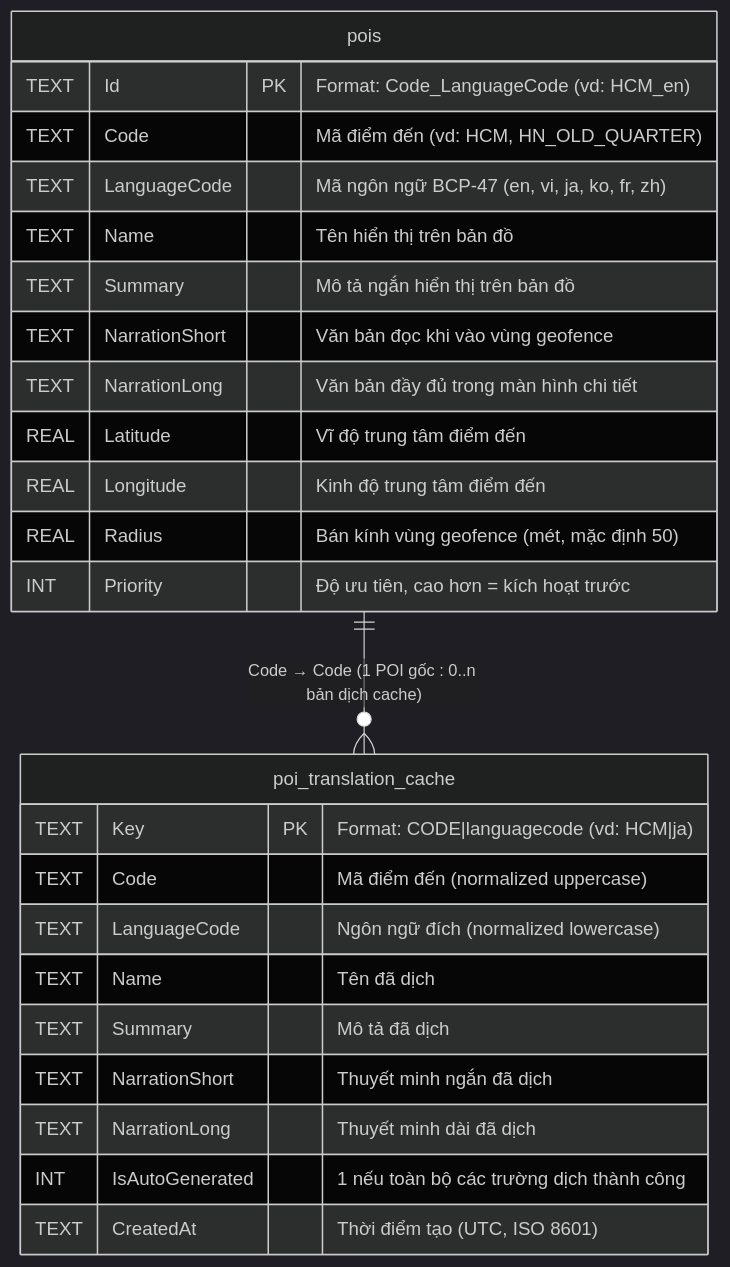
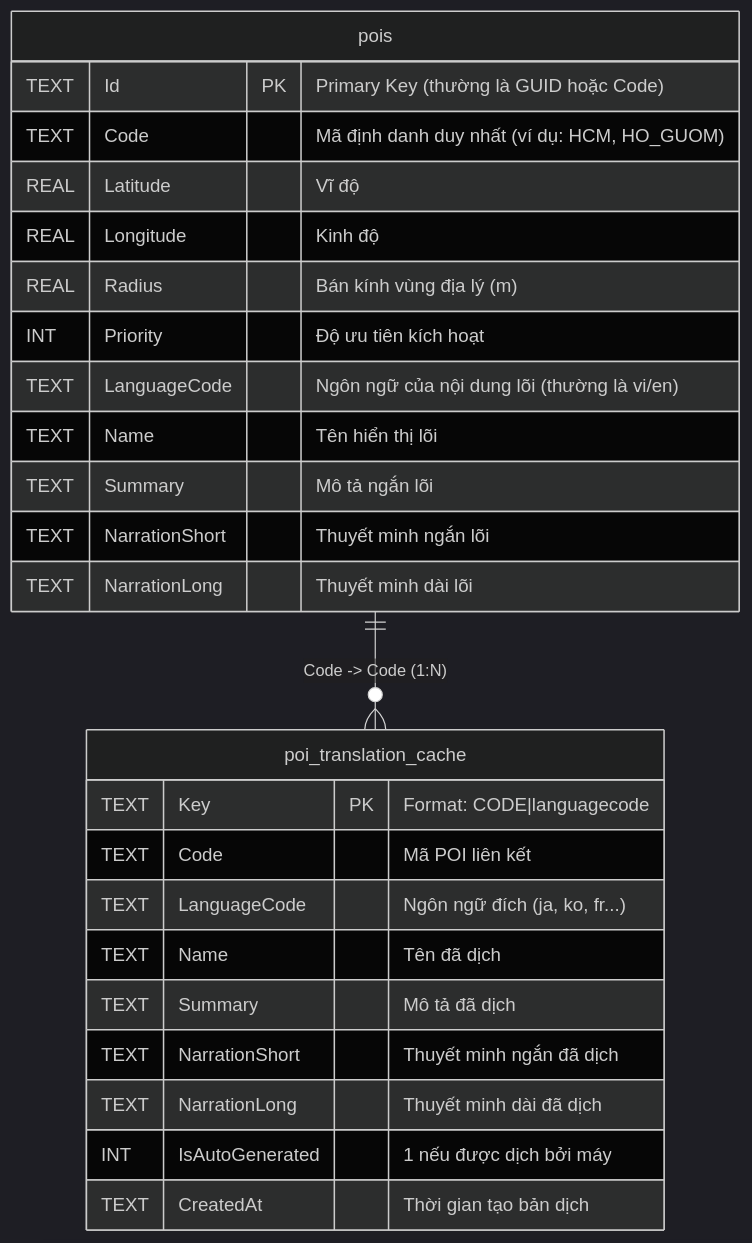
One commit to ThanhDai2005/VN-GO-Travel changed the first of 2 diagrams in ERD.md. Above: the diagram before and after it, drawn with Mermaid (dark theme). The commit also changed other lines of this file and 42 other files, not shown here.

````diff
--- a/ERD.md
+++ b/ERD.md
@@ -3,30 +7,30 @@
 ```mermaid
 erDiagram
     pois {
-        TEXT Id PK "Format: Code_LanguageCode (vd: HCM_en)"
-        TEXT Code    "Mã điểm đến (vd: HCM, HN_OLD_QUARTER)"
-        TEXT LanguageCode "Mã ngôn ngữ BCP-47 (en, vi, ja, ko, fr, zh)"
-        TEXT Name    "Tên hiển thị trên bản đồ"
-        TEXT Summary "Mô tả ngắn hiển thị trên bản đồ"
-        TEXT NarrationShort "Văn bản đọc khi vào vùng geofence"
-        TEXT NarrationLong  "Văn bản đầy đủ trong màn hình chi tiết"
-        REAL Latitude  "Vĩ độ trung tâm điểm đến"
-        REAL Longitude "Kinh độ trung tâm điểm đến"
-        REAL Radius    "Bán kính vùng geofence (mét, mặc định 50)"
-        INT  Priority  "Độ ưu tiên, cao hơn = kích hoạt trước"
+        TEXT Id PK "Primary Key (thường là GUID hoặc Code)"
+        TEXT Code    "Mã định danh duy nhất (ví dụ: HCM, HO_GUOM)"
+        REAL Latitude  "Vĩ độ"
+        REAL Longitude "Kinh độ"
+        REAL Radius    "Bán kính vùng địa lý (m)"
+        INT  Priority  "Độ ưu tiên kích hoạt"
+        TEXT LanguageCode "Ngôn ngữ của nội dung lõi (thường là vi/en)"
+        TEXT Name "Tên hiển thị lõi"
+        TEXT Summary "Mô tả ngắn lõi"
+        TEXT NarrationShort "Thuyết minh ngắn lõi"
+        TEXT NarrationLong "Thuyết minh dài lõi"
     }
 
     poi_translation_cache {
-        TEXT Key PK "Format: CODE|languagecode (vd: HCM|ja)"
-        TEXT Code        "Mã điểm đến (normalized uppercase)"
-        TEXT LanguageCode "Ngôn ngữ đích (normalized lowercase)"
-        TEXT Name         "Tên đã dịch"
-        TEXT Summary      "Mô tả đã dịch"
+        TEXT Key PK "Format: CODE|languagecode"
+        TEXT Code "Mã POI liên kết"
+        TEXT LanguageCode "Ngôn ngữ đích (ja, ko, fr...)"
+        TEXT Name "Tên đã dịch"
+        TEXT Summary "Mô tả đã dịch"
         TEXT NarrationShort "Thuyết minh ngắn đã dịch"
-        TEXT NarrationLong  "Thuyết minh dài đã dịch"
-        INT  IsAutoGenerated "1 nếu toàn bộ các trường dịch thành công"
-        TEXT CreatedAt   "Thời điểm tạo (UTC, ISO 8601)"
+        TEXT NarrationLong "Thuyết minh dài đã dịch"
+        INT  IsAutoGenerated "1 nếu được dịch bởi máy"
+        TEXT CreatedAt "Thời gian tạo bản dịch"
     }
 
-    pois ||--o{ poi_translation_cache : "Code → Code (1 POI gốc : 0..n bản dịch cache)"
+    pois ||--o{ poi_translation_cache : "Code -> Code (1:N)"
 ```
````
